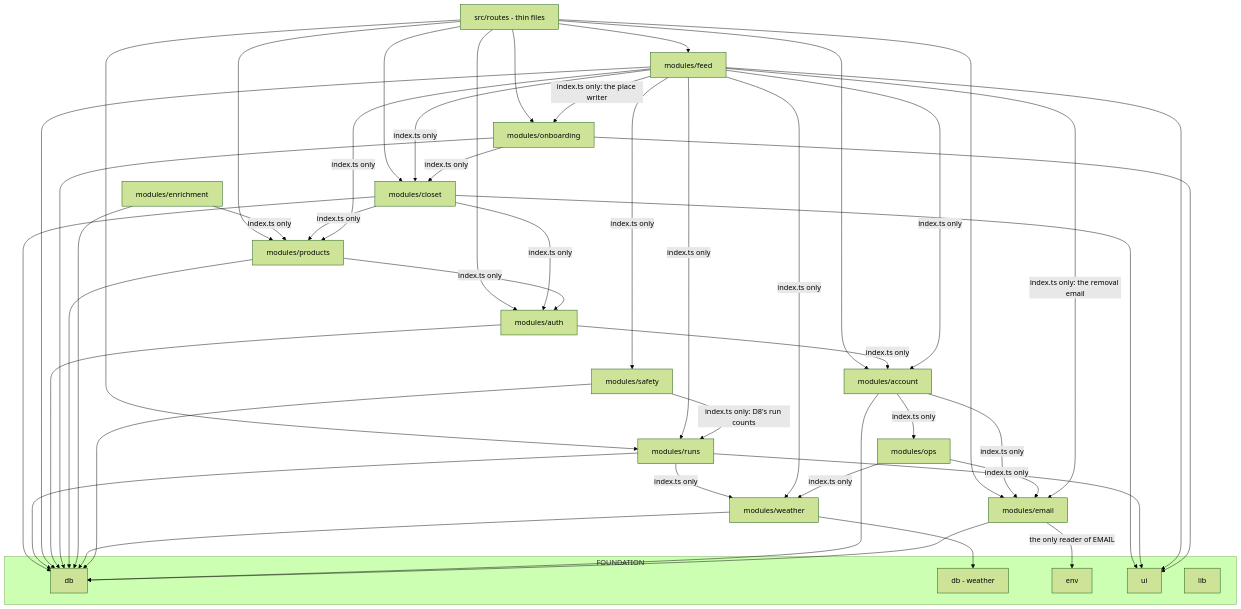
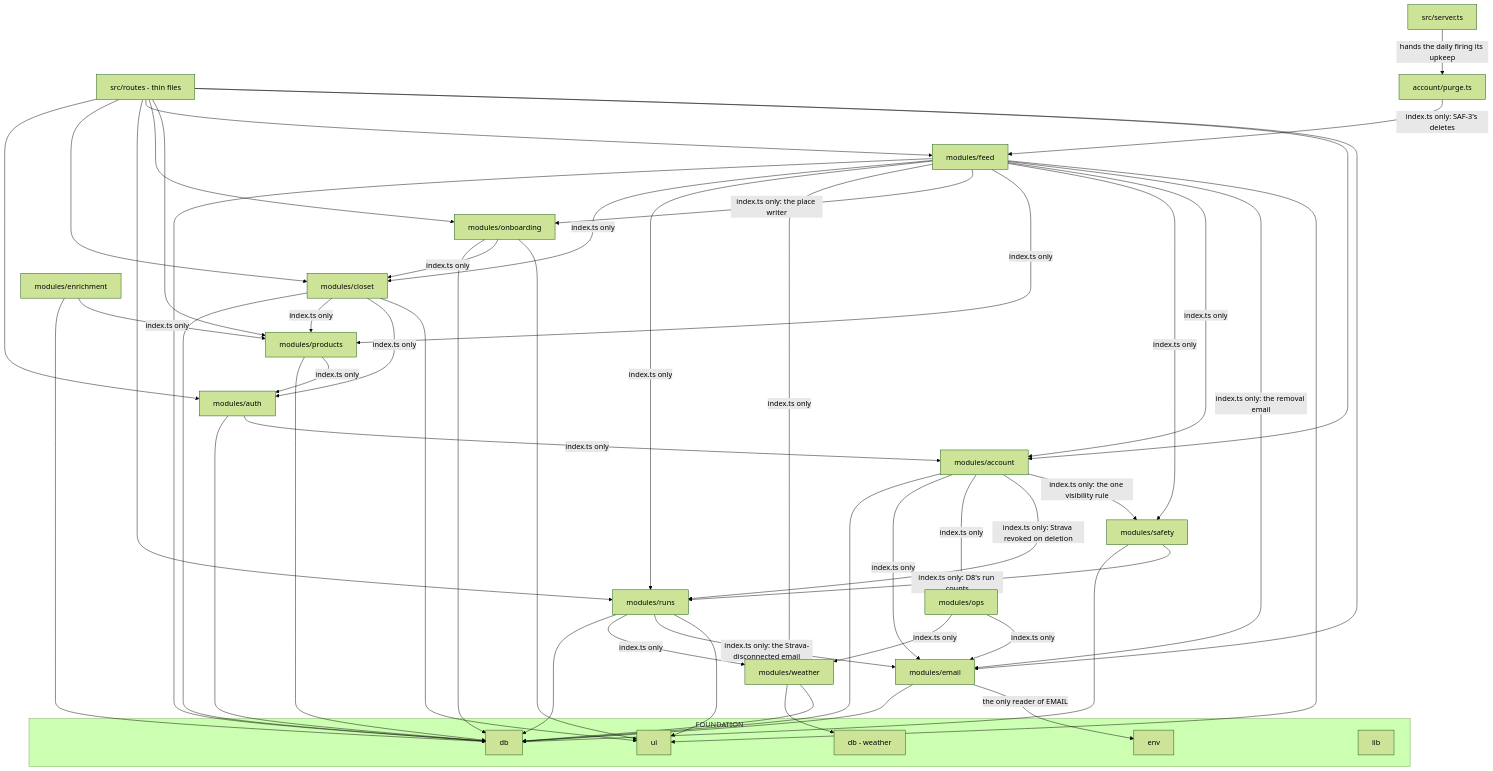
The second of 4 diagrams in docs/architecture.md (ddteeter/dialed.run), drawn with Mermaid (forest theme) before and after one commit. The commit also changed other lines of this file and 94 other files, not shown here.

First line of the commit message:
Task 126 PR 2b-2: legal pages, the age line, export, account deletion, and the email hookups (#130)

````diff
--- a/docs/architecture.md
+++ b/docs/architecture.md
@@ -132,59 +132,64 @@
 ```mermaid
 flowchart TD
     ROUTES[src/routes - thin files] --> AUTH[modules/auth]
     ROUTES --> CLOSET[modules/closet]
     ROUTES --> RUNS[modules/runs]
     ROUTES --> FEED[modules/feed]
     ROUTES --> ONB[modules/onboarding]
     ROUTES --> PROD[modules/products]
 
     CLOSET --> DB[db]
     RUNS --> DB
     FEED --> DB
     AUTH --> DB
     ONB --> DB
     PROD --> DB
     ENR[modules/enrichment] --> DB
     ENR -->|index.ts only| PROD
     WX[modules/weather] --> DBW[db - weather]
     WX --> DB
 
     RUNS -->|index.ts only| WX
     FEED -->|index.ts only| CLOSET
     FEED -->|index.ts only| RUNS
     FEED -->|index.ts only| WX
     ONB -->|index.ts only| CLOSET
     FEED -->|index.ts only: the place writer| ONB
     CLOSET -->|index.ts only| PROD
     FEED -->|index.ts only| PROD
     OPS[modules/ops] -->|index.ts only| WX
     SAFE[modules/safety] --> DB
     FEED -->|index.ts only| SAFE
     CLOSET -->|index.ts only| AUTH
     PROD -->|index.ts only| AUTH
     ROUTES --> ACCT[modules/account]
     ROUTES --> MAIL[modules/email]
     ACCT --> DB
     MAIL --> DB
     MAIL -->|the only reader of EMAIL| ENV
     AUTH -->|index.ts only| ACCT
     ACCT -->|index.ts only| MAIL
     ACCT -->|index.ts only| OPS
     OPS -->|index.ts only| MAIL
     FEED -->|index.ts only| ACCT
     FEED -->|index.ts only: the removal email| MAIL
     SAFE -->|index.ts only: D8's run counts| RUNS
+    ACCT -->|index.ts only: Strava revoked on deletion| RUNS
+    ACCT -->|index.ts only: the one visibility rule| SAFE
+    PURGE[account/purge.ts] -->|index.ts only: SAF-3's deletes| FEED
+    WORKER[src/server.ts] -->|hands the daily firing its upkeep| PURGE
+    RUNS -->|index.ts only: the Strava-disconnected email| MAIL
 
     CLOSET --> UI[ui]
     RUNS --> UI
     FEED --> UI
     ONB --> UI
 
     subgraph FOUNDATION
         DB
         DBW
         UI
         ENV[env]
         LIB[lib]
     end
 ```
````
